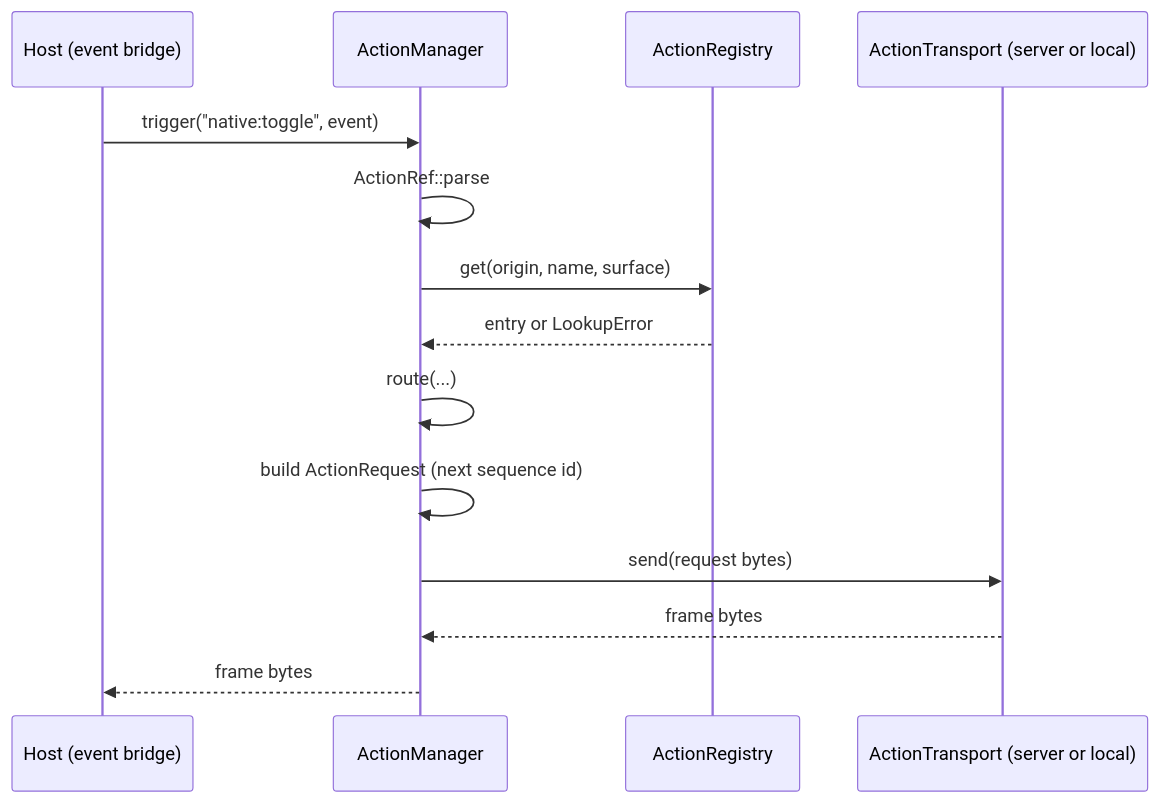
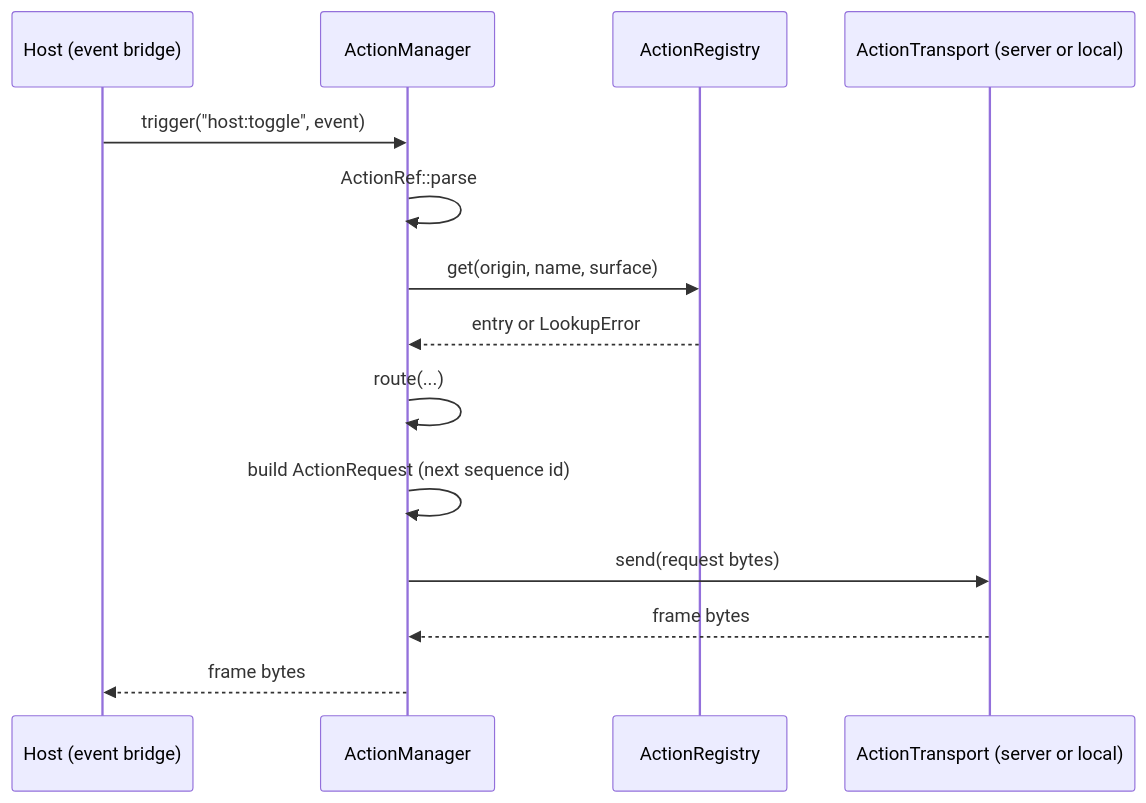
The diagram in specifications/69-foundation-ui-v2/features/05-action-runtime/feature.md (ewe-studios/ewe_platform), drawn with Mermaid before and after one commit. The commit also changed other lines of this file and 21 other files, not shown here.

````diff
--- a/specifications/69-foundation-ui-v2/features/05-action-runtime/feature.md
+++ b/specifications/69-foundation-ui-v2/features/05-action-runtime/feature.md
@@ -545,16 +634,16 @@
 ```mermaid
 sequenceDiagram
     participant H as Host (event bridge)
     participant M as ActionManager
     participant R as ActionRegistry
     participant T as ActionTransport (server or local)
-    H->>M: trigger("native:toggle", event)
+    H->>M: trigger("host:toggle", event)
     M->>M: ActionRef::parse
     M->>R: get(origin, name, surface)
     R-->>M: entry or LookupError
     M->>M: route(...)
     M->>M: build ActionRequest (next sequence id)
     M->>T: send(request bytes)
     T-->>M: frame bytes
     M-->>H: frame bytes
 ```
````
